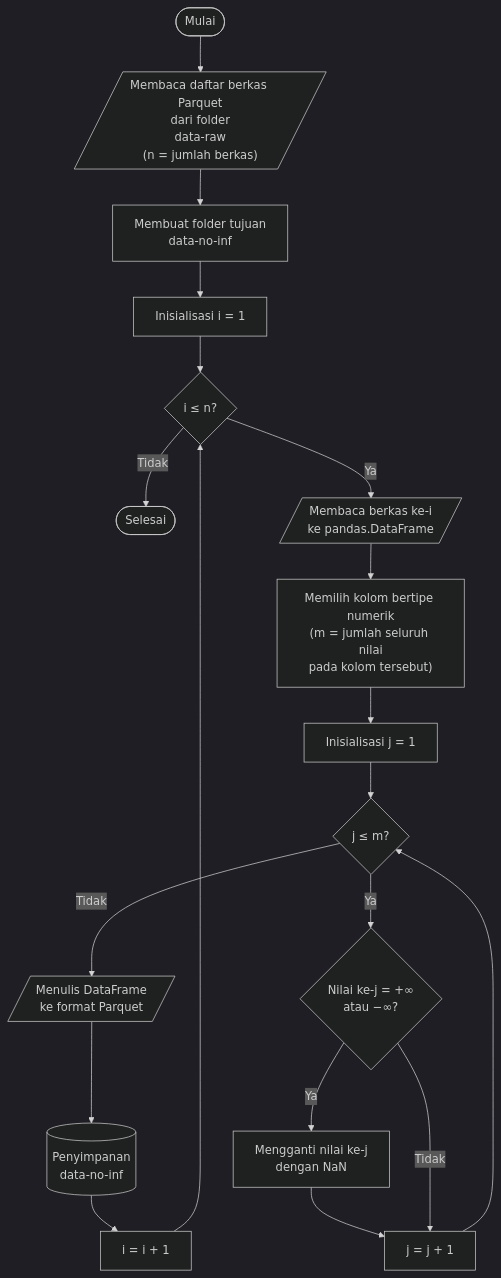
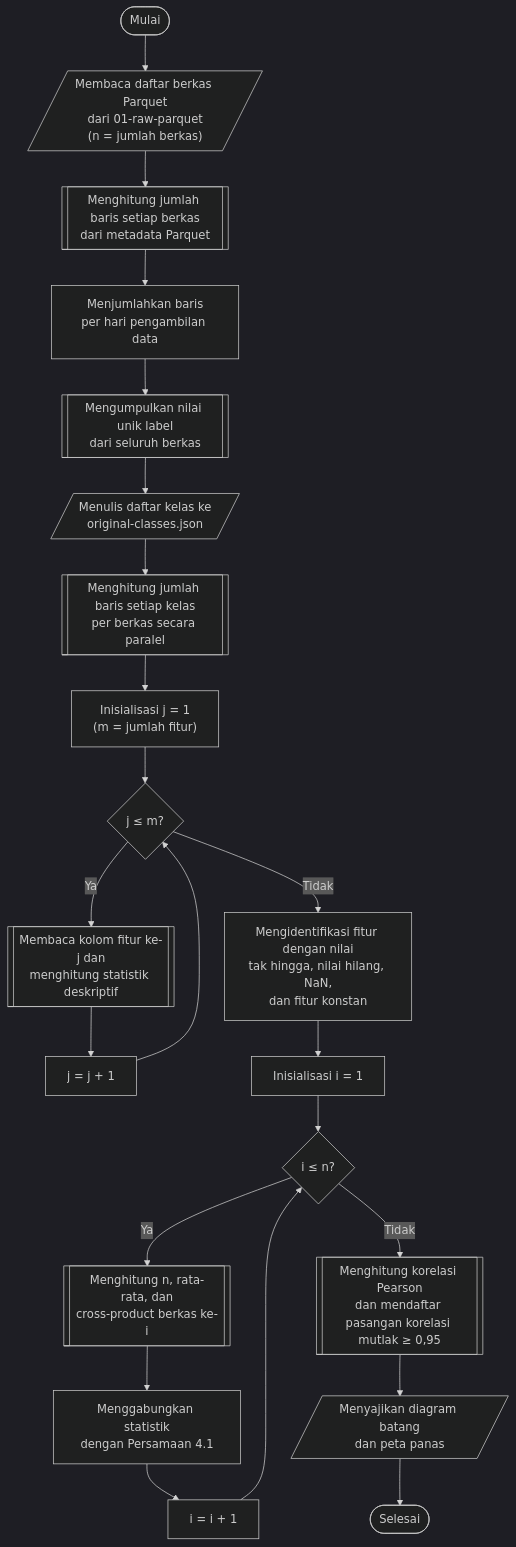
One commit to JoxNeis/mlids-robustness changed the diagram in thesis/diagram/bab_04/diagram_04_02_01.mmd. Above: the diagram before and after it, drawn with Mermaid (dark theme). The commit also changed 80 other files, not shown here.

```diff
--- a/thesis/diagram/bab_04/diagram_04_02_01.mmd
+++ b/thesis/diagram/bab_04/diagram_04_02_01.mmd
@@ -1,24 +1,26 @@
 flowchart TD
     mulai(["Mulai"])
-    mulai --> input_berkas[/"Membaca daftar berkas Parquet<br>dari folder<br>data-raw<br>(n = jumlah berkas)"/]
-    input_berkas --> buat_folder["Membuat folder tujuan<br>data-no-inf"]
-    buat_folder --> init_i["Inisialisasi i = 1"]
-    init_i --> cek_i{"i ≤ n?"}
-
-    cek_i -->|"Tidak"| selesai(["Selesai"])
-    cek_i -->|"Ya"| baca_df[/"Membaca berkas ke-i<br>ke pandas.DataFrame"/]
-
-    baca_df --> pilih_kolom["Memilih kolom bertipe numerik<br>(m = jumlah seluruh nilai<br>pada kolom tersebut)"]
-    pilih_kolom --> init_j["Inisialisasi j = 1"]
+    mulai --> daftar[/"Membaca daftar berkas Parquet<br>dari 01-raw-parquet<br>(n = jumlah berkas)"/]
+    daftar --> baris[["Menghitung jumlah baris setiap berkas<br>dari metadata Parquet"]]
+    baris --> per_hari["Menjumlahkan baris<br>per hari pengambilan data"]
+    per_hari --> kelas[["Mengumpulkan nilai unik label<br>dari seluruh berkas"]]
+    kelas --> simpan_kelas[/"Menulis daftar kelas ke<br>original-classes.json"/]
+    simpan_kelas --> distribusi[["Menghitung jumlah baris setiap kelas<br>per berkas secara paralel"]]
+    distribusi --> init_j["Inisialisasi j = 1<br>(m = jumlah fitur)"]
     init_j --> cek_j{"j ≤ m?"}
 
-    cek_j -->|"Tidak"| tulis[/"Menulis DataFrame<br>ke format Parquet"/]
-    cek_j -->|"Ya"| cek_inf{"Nilai ke-j = +∞<br>atau −∞?"}
-    cek_inf -->|"Ya"| ganti_nan["Mengganti nilai ke-j<br>dengan NaN"]
-    ganti_nan --> inc_j["j = j + 1"]
-    cek_inf -->|"Tidak"| inc_j
+    cek_j -->|"Ya"| statistik[["Membaca kolom fitur ke-j dan<br>menghitung statistik deskriptif"]]
+    statistik --> inc_j["j = j + 1"]
     inc_j --> cek_j
 
-    tulis --> simpan[("Penyimpanan<br>data-no-inf")]
-    simpan --> inc_i["i = i + 1"]
+    cek_j -->|"Tidak"| masalah["Mengidentifikasi fitur dengan nilai<br>tak hingga, nilai hilang, NaN,<br>dan fitur konstan"]
+    masalah --> init_i["Inisialisasi i = 1"]
+    init_i --> cek_i{"i ≤ n?"}
+    cek_i -->|"Ya"| kovarians[["Menghitung n, rata-rata, dan<br>cross-product berkas ke-i"]]
+    kovarians --> gabung["Menggabungkan statistik<br>dengan Persamaan 4.1"]
+    gabung --> inc_i["i = i + 1"]
     inc_i --> cek_i
+
+    cek_i -->|"Tidak"| korelasi[["Menghitung korelasi Pearson<br>dan mendaftar pasangan korelasi mutlak ≥ 0,95"]]
+    korelasi --> visual[/"Menyajikan diagram batang<br>dan peta panas"/]
+    visual --> selesai(["Selesai"])
```
